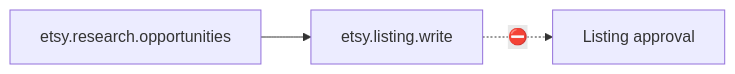
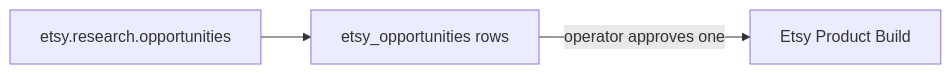
Before and after one commit to CptOliveOil/Dasick-enterprises: the diagram in vault/06 Workflows/Etsy Product.md, drawn with Mermaid. The commit also changed other lines of this file and 31 other files, not shown here.

````diff
--- a/vault/06 Workflows/Etsy Product.md
+++ b/vault/06 Workflows/Etsy Product.md
@@ -21,5 +30,5 @@
 ```mermaid
 flowchart LR
-    O[etsy.research.opportunities] --> L[etsy.listing.write]
-    L -.->|⛔| A[Listing approval]
+    O[etsy.research.opportunities] --> P[etsy_opportunities rows]
+    P -->|operator approves one| B[Etsy Product Build]
 ```
````
